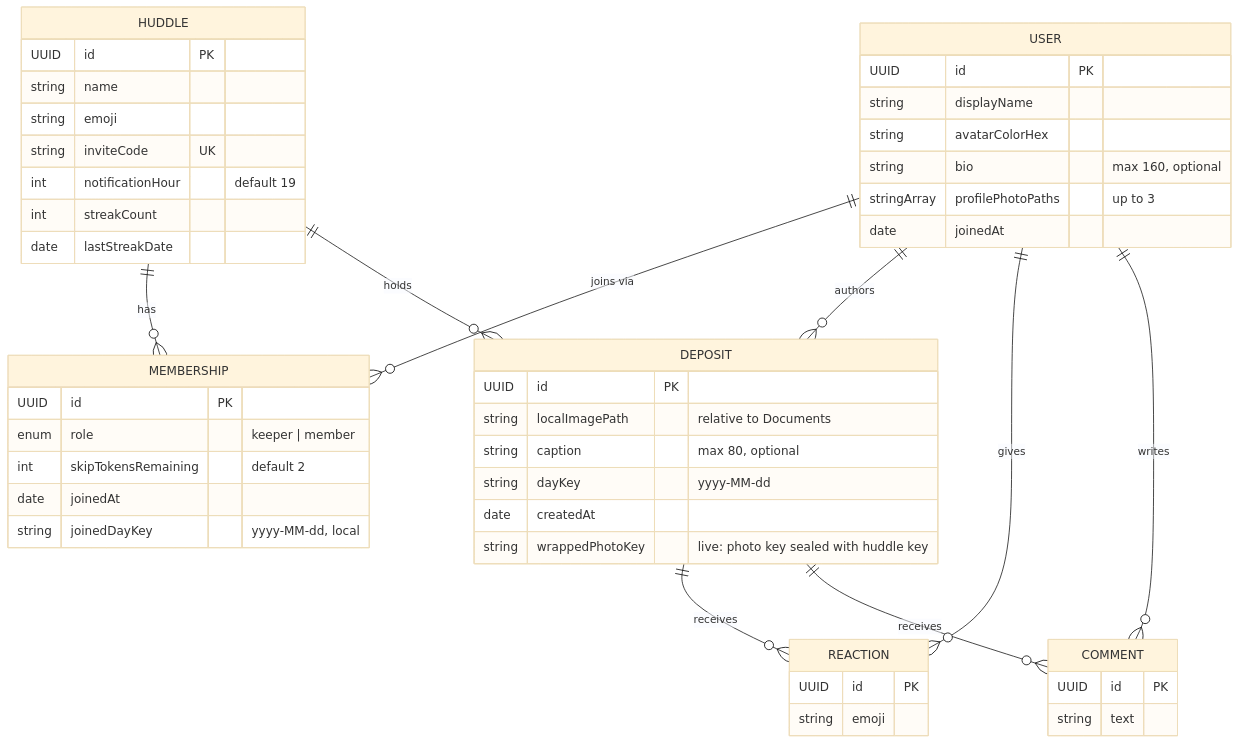
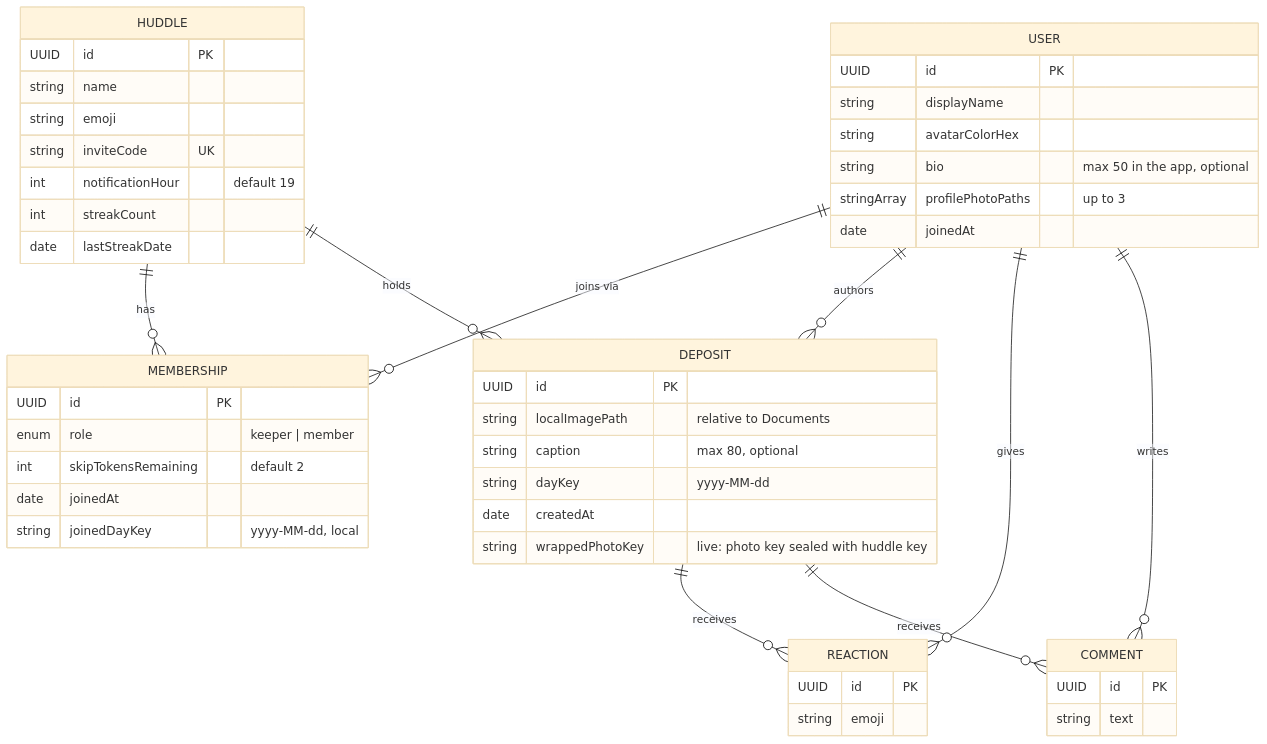
One commit to XpertiCON106/HuddlePals changed the fourth of 7 diagrams in HuddlePal/OVERVIEW.md. Above: the diagram before and after it, drawn with Mermaid (base theme). The commit also changed other lines of this file and 44 other files, not shown here.

````diff
--- a/HuddlePal/OVERVIEW.md
+++ b/HuddlePal/OVERVIEW.md
@@ -176,52 +178,52 @@
 ```mermaid
 erDiagram
     USER ||--o{ MEMBERSHIP : "joins via"
     HUDDLE ||--o{ MEMBERSHIP : has
     HUDDLE ||--o{ DEPOSIT : holds
     USER ||--o{ DEPOSIT : authors
     DEPOSIT ||--o{ REACTION : receives
     DEPOSIT ||--o{ COMMENT : receives
     USER ||--o{ REACTION : gives
     USER ||--o{ COMMENT : writes
 
     USER {
         UUID id PK
         string displayName
         string avatarColorHex
-        string bio "max 160, optional"
+        string bio "max 50 in the app, optional"
         stringArray profilePhotoPaths "up to 3"
         date joinedAt
     }
     HUDDLE {
         UUID id PK
         string name
         string emoji
         string inviteCode UK
         int notificationHour "default 19"
         int streakCount
         date lastStreakDate
     }
     MEMBERSHIP {
         UUID id PK
         enum role "keeper | member"
         int skipTokensRemaining "default 2"
         date joinedAt
         string joinedDayKey "yyyy-MM-dd, local"
     }
     DEPOSIT {
         UUID id PK
         string localImagePath "relative to Documents"
         string caption "max 80, optional"
         string dayKey "yyyy-MM-dd"
         date createdAt
         string wrappedPhotoKey "live: photo key sealed with huddle key"
     }
     REACTION {
         UUID id PK
         string emoji
     }
     COMMENT {
         UUID id PK
         string text
     }
 ```
````
